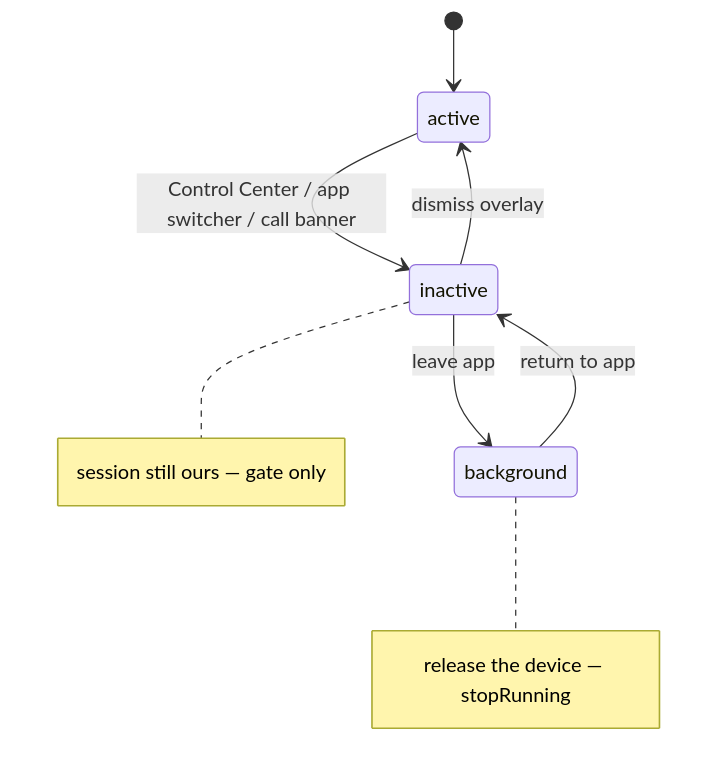
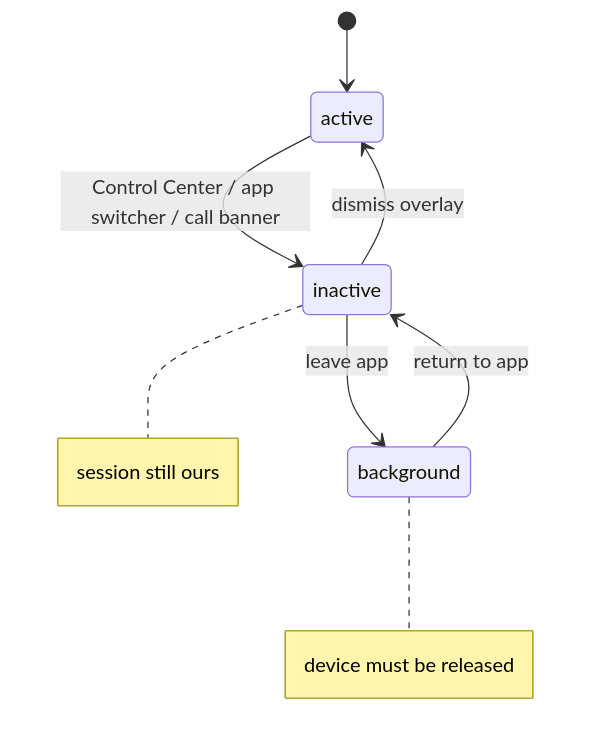
The second of 10 diagrams in docs/ios-camera-lifecycle.md (Shreeyak/cambrian-ios-camera), drawn with Mermaid before and after one commit. The commit also changed other lines of this file and 15 other files, not shown here.

````diff
--- a/docs/ios-camera-lifecycle.md
+++ b/docs/ios-camera-lifecycle.md
@@ -64,14 +72,14 @@
 ```mermaid
 stateDiagram-v2
     [*] --> active
     active --> inactive: Control Center / app switcher / call banner
     inactive --> active: dismiss overlay
     inactive --> background: leave app
     background --> inactive: return to app
     note right of inactive
-        session still ours — gate only
+        session still ours
     end note
     note right of background
-        release the device — stopRunning
+        device must be released
     end note
 ```
````
